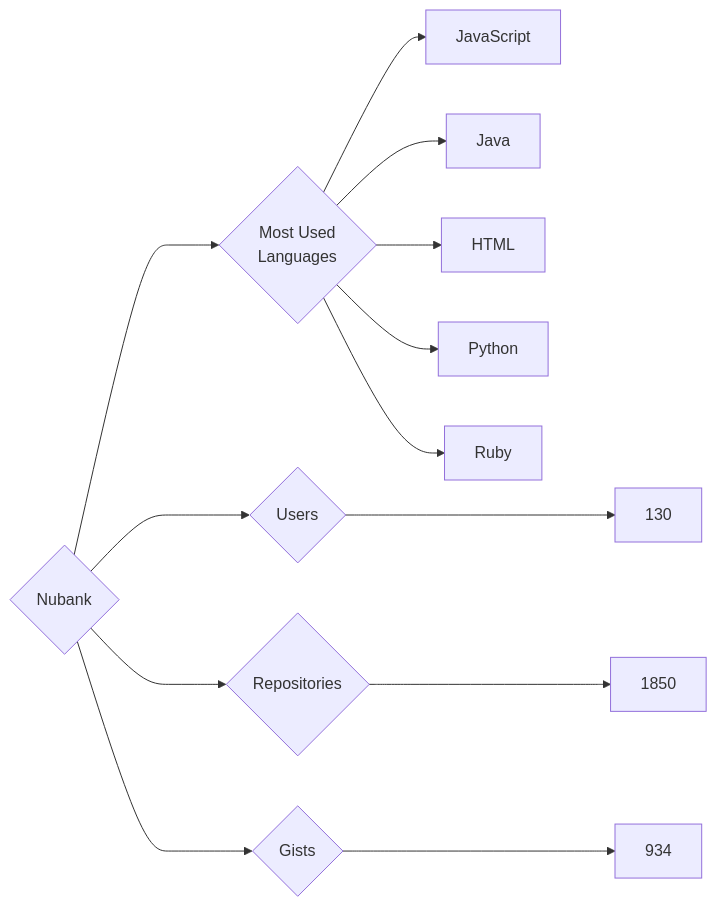
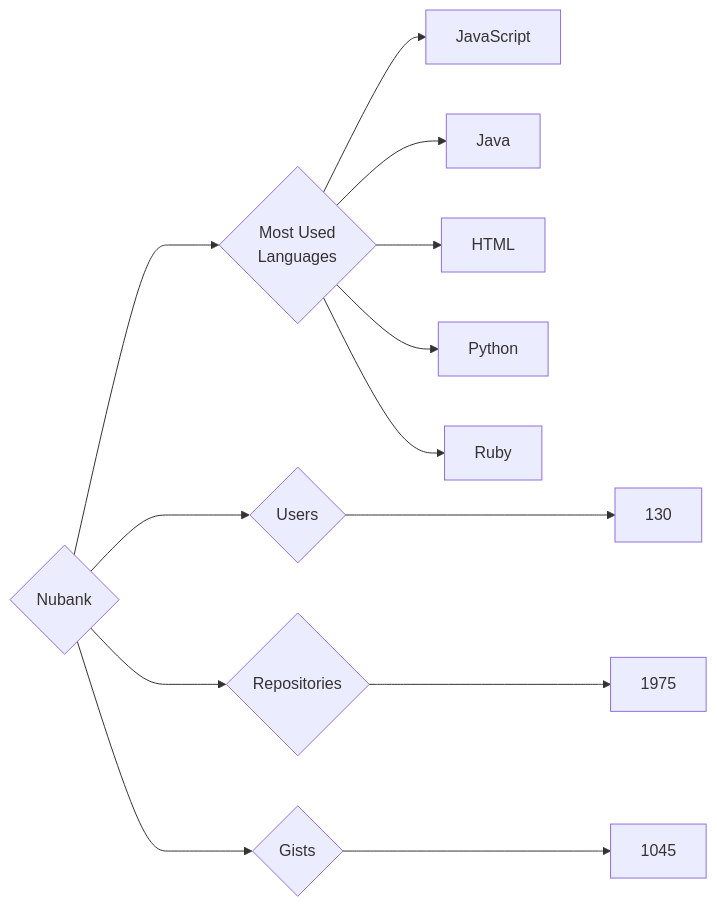
The diagram in targets/Nubank/README.md (trickest/insiders), drawn with Mermaid before and after one commit. The commit also changed 973 other files, not shown here.

````diff
--- a/targets/Nubank/README.md
+++ b/targets/Nubank/README.md
@@ -3,13 +3,13 @@
 ```mermaid
 graph LR
 COMPANY_NAME{Nubank}
 COMPANY_NAME ---> U{Users} ---> UN[130]
-COMPANY_NAME ---> R{Repositories} ---> RN[1850]
-COMPANY_NAME ---> G{Gists} ---> GN[934]
+COMPANY_NAME ---> R{Repositories} ---> RN[1975]
+COMPANY_NAME ---> G{Gists} ---> GN[1045]
 COMPANY_NAME ---> ML{Most Used<br>Languages}
 ML --> JavaScript[JavaScript]
 ML --> Java[Java]
 ML --> HTML[HTML]
 ML --> Python[Python]
 ML --> Ruby[Ruby]
 ```
````
